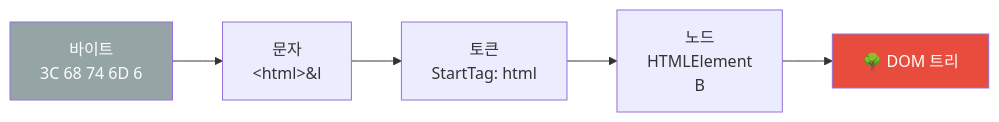
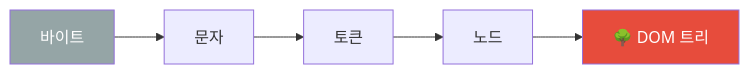
One commit to yjkim2015/yjkim2015.github.io changed the second of 8 diagrams in _posts/frontend/2026-05-01-browser-rendering.md. Above: the diagram before and after it, drawn with Mermaid. The commit also changed other lines of this file and 217 other files, not shown here.

First line of the commit message:
Mermaid 크기 수정: useMaxWidth:true + SVG max-width:100% + 라벨 축소

````diff
--- a/_posts/frontend/2026-05-01-browser-rendering.md
+++ b/_posts/frontend/2026-05-01-browser-rendering.md
@@ -57,9 +57,9 @@
 ```mermaid
 flowchart LR
-    A["바이트\n3C 68 74 6D 6"] --> B["문자\n&lt;html&gt;&l"]
-    B --> C["토큰\nStartTag: html"]
-    C --> D["노드\nHTMLElement\nB"]
+    A["바이트"] --> B["문자"]
+    B --> C["토큰"]
+    C --> D["노드"]
     D --> E["🌳 DOM 트리"]
     style A fill:#95a5a6,color:#fff
     style E fill:#e74c3c,color:#fff
 ```
````
